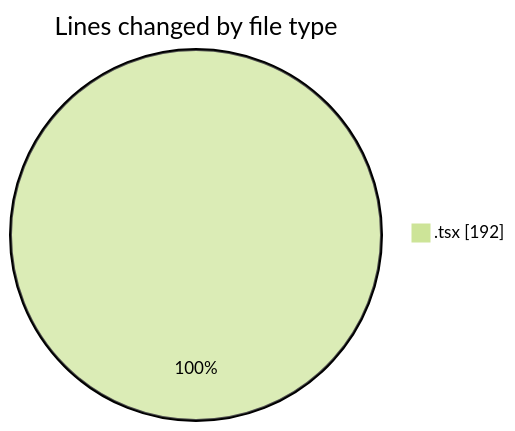
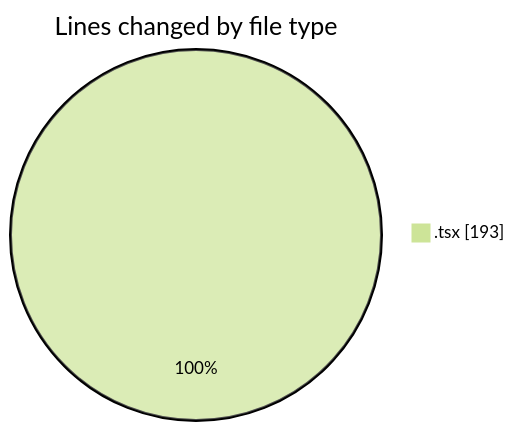
Before and after one commit to robertbonfada/code-tracking: the first of 2 diagrams in 2025-02-27/audiobooks-web/README.md, drawn with Mermaid (forest theme). The commit also changed other lines of this file and 1 other file, not shown here.

````diff
--- a/2025-02-27/audiobooks-web/README.md
+++ b/2025-02-27/audiobooks-web/README.md
@@ -22,5 +22,5 @@
 ```mermaid
 pie showData
 title Lines changed by file type
-".tsx" : 192
+".tsx" : 193
 ```
````
